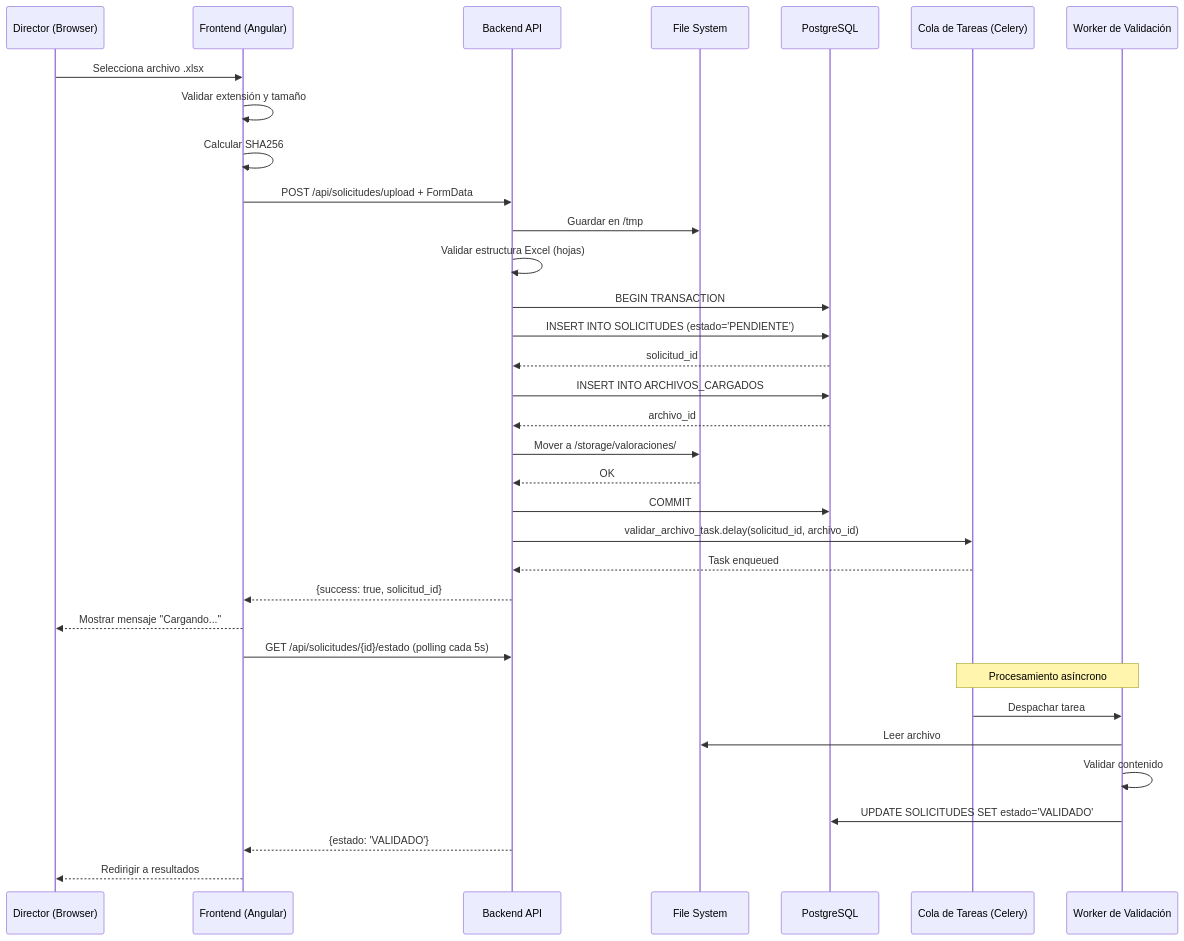
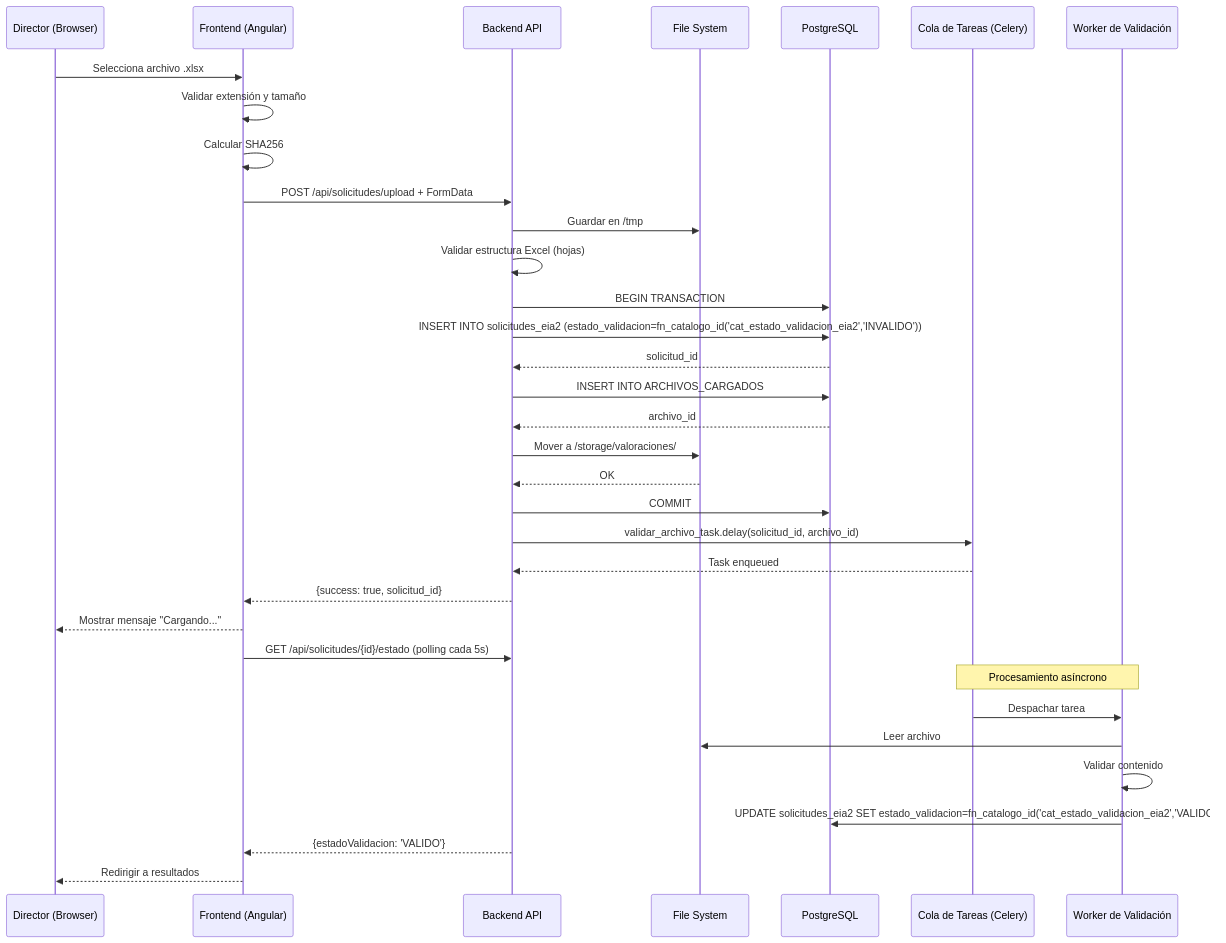
Diagram 11 of 18 in FLUJO_DE_DATOS_COMPLETO.md (dleonsystem/sep_evaluacion_diagnostica), drawn with Mermaid before and after one commit. The commit also changed other lines of this file and 2 other files, not shown here.

````diff
--- a/FLUJO_DE_DATOS_COMPLETO.md
+++ b/FLUJO_DE_DATOS_COMPLETO.md
@@ -1258,47 +1276,47 @@
 ```mermaid
 sequenceDiagram
     participant D as Director (Browser)
     participant FE as Frontend (Angular)
     participant API as Backend API
     participant FS as File System
     participant DB as PostgreSQL
     participant Q as Cola de Tareas (Celery)
     participant W as Worker de Validación
     
     D->>FE: Selecciona archivo .xlsx
     FE->>FE: Validar extensión y tamaño
     FE->>FE: Calcular SHA256
     FE->>API: POST /api/solicitudes/upload + FormData
     
     API->>FS: Guardar en /tmp
     API->>API: Validar estructura Excel (hojas)
     
     API->>DB: BEGIN TRANSACTION
-    API->>DB: INSERT INTO SOLICITUDES (estado='PENDIENTE')
+    API->>DB: INSERT INTO solicitudes_eia2 (estado_validacion=fn_catalogo_id('cat_estado_validacion_eia2','INVALIDO'))
     DB-->>API: solicitud_id
     
     API->>DB: INSERT INTO ARCHIVOS_CARGADOS
     DB-->>API: archivo_id
     
     API->>FS: Mover a /storage/valoraciones/
     FS-->>API: OK
     
     API->>DB: COMMIT
     
     API->>Q: validar_archivo_task.delay(solicitud_id, archivo_id)
     Q-->>API: Task enqueued
     
     API-->>FE: {success: true, solicitud_id}
     FE-->>D: Mostrar mensaje "Cargando..."
     
     FE->>API: GET /api/solicitudes/{id}/estado (polling cada 5s)
     
     Note over Q,W: Procesamiento asíncrono
     Q->>W: Despachar tarea
     W->>FS: Leer archivo
     W->>W: Validar contenido
-    W->>DB: UPDATE SOLICITUDES SET estado='VALIDADO'
+    W->>DB: UPDATE solicitudes_eia2 SET estado_validacion=fn_catalogo_id('cat_estado_validacion_eia2','VALIDO')
     
-    API-->>FE: {estado: 'VALIDADO'}
+    API-->>FE: {estadoValidacion: 'VALIDO'}
     FE-->>D: Redirigir a resultados
 ```
````
